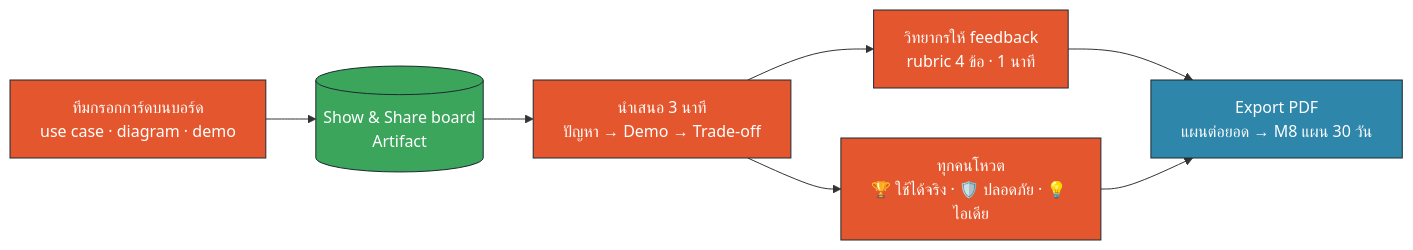
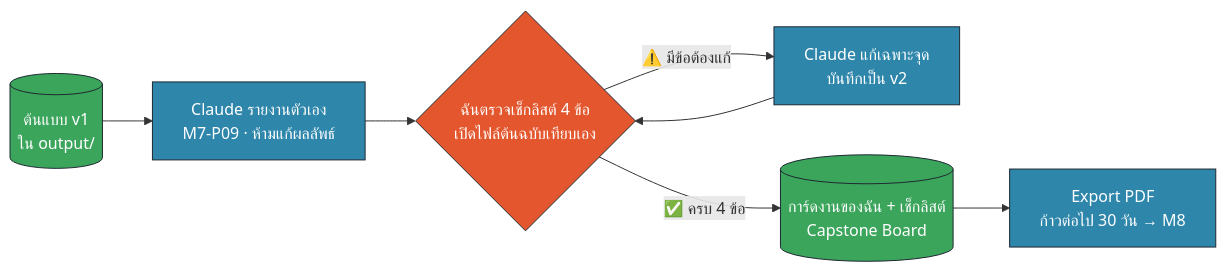
Before and after one commit to batprem/banpu-claude-course: the fifth of 5 diagrams in materials/m7/slides.md, drawn with Mermaid. The commit also changed other lines of this file and 50 other files, not shown here.

````diff
--- a/materials/m7/slides.md
+++ b/materials/m7/slides.md
@@ -178,12 +179,12 @@
 ```mermaid
 flowchart LR
-    TM["ทีมกรอกการ์ดบนบอร์ด<br/>use case · diagram · demo"]:::human --> BD[("Show & Share board<br/>Artifact")]:::data
-    BD --> PR["นำเสนอ 3 นาที<br/>ปัญหา → Demo → Trade-off"]:::human
-    PR --> FB["วิทยากรให้ feedback<br/>rubric 4 ข้อ · 1 นาที"]:::human
-    PR --> VT["ทุกคนโหวต<br/>🏆 ใช้ได้จริง · 🛡️ ปลอดภัย · 💡 ไอเดีย"]:::human
-    FB --> PDF["Export PDF<br/>แผนต่อยอด → M8 แผน 30 วัน"]:::ai
-    VT --> PDF
+    V1[("ต้นแบบ v1<br/>ใน output/")]:::data --> AI["Claude รายงานตัวเอง<br/>M7-P09 · ห้ามแก้ผลลัพธ์"]:::ai
+    AI --> CK{"ฉันตรวจเช็กลิสต์ 4 ข้อ<br/>เปิดไฟล์ต้นฉบับเทียบเอง"}:::human
+    CK -- "⚠️ มีข้อต้องแก้" --> FX["Claude แก้เฉพาะจุด<br/>บันทึกเป็น v2"]:::ai
+    FX --> CK
+    CK -- "✅ ครบ 4 ข้อ" --> BD[("การ์ดงานของฉัน + เช็กลิสต์<br/>Capstone Board")]:::data
+    BD --> PDF["Export PDF<br/>ก้าวต่อไป 30 วัน → M8"]:::ai
     classDef human fill:#E4572E,color:#fff,stroke:#1F2933;
     classDef ai fill:#2E86AB,color:#fff,stroke:#1F2933;
     classDef data fill:#3BA55C,color:#fff,stroke:#1F2933;
 ```
````
